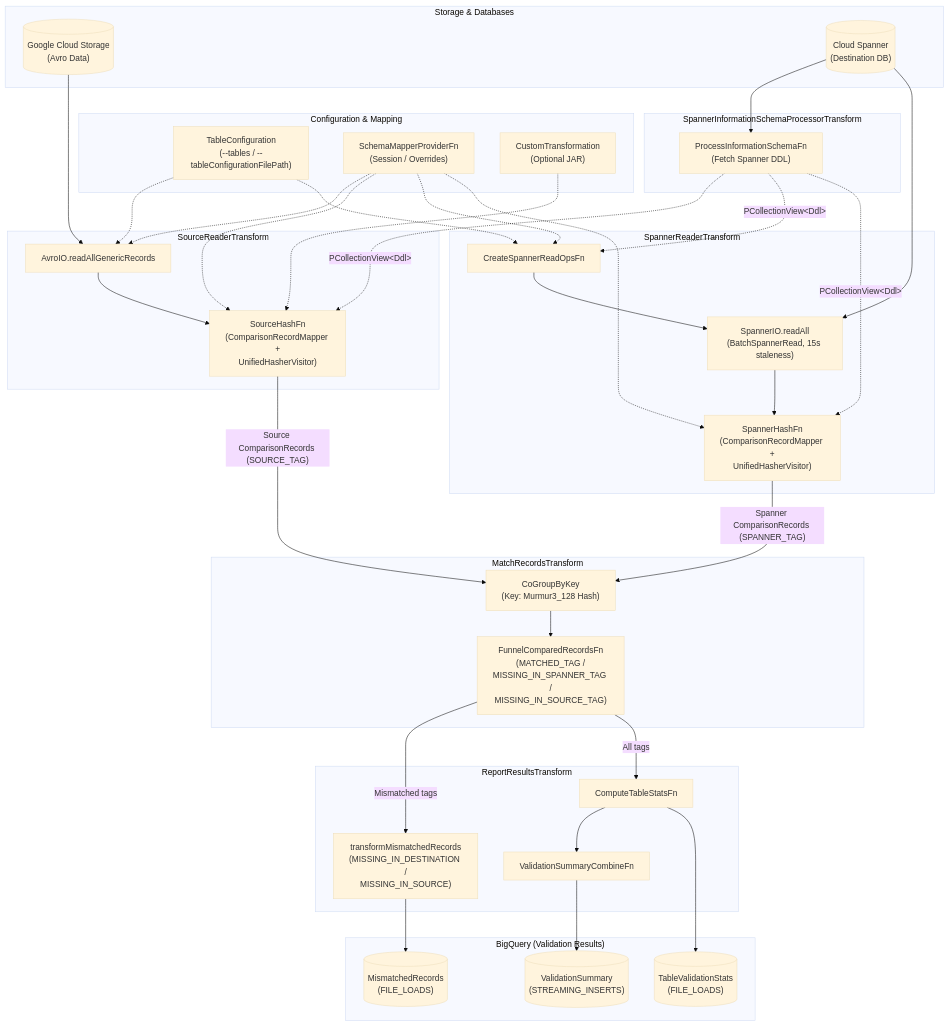
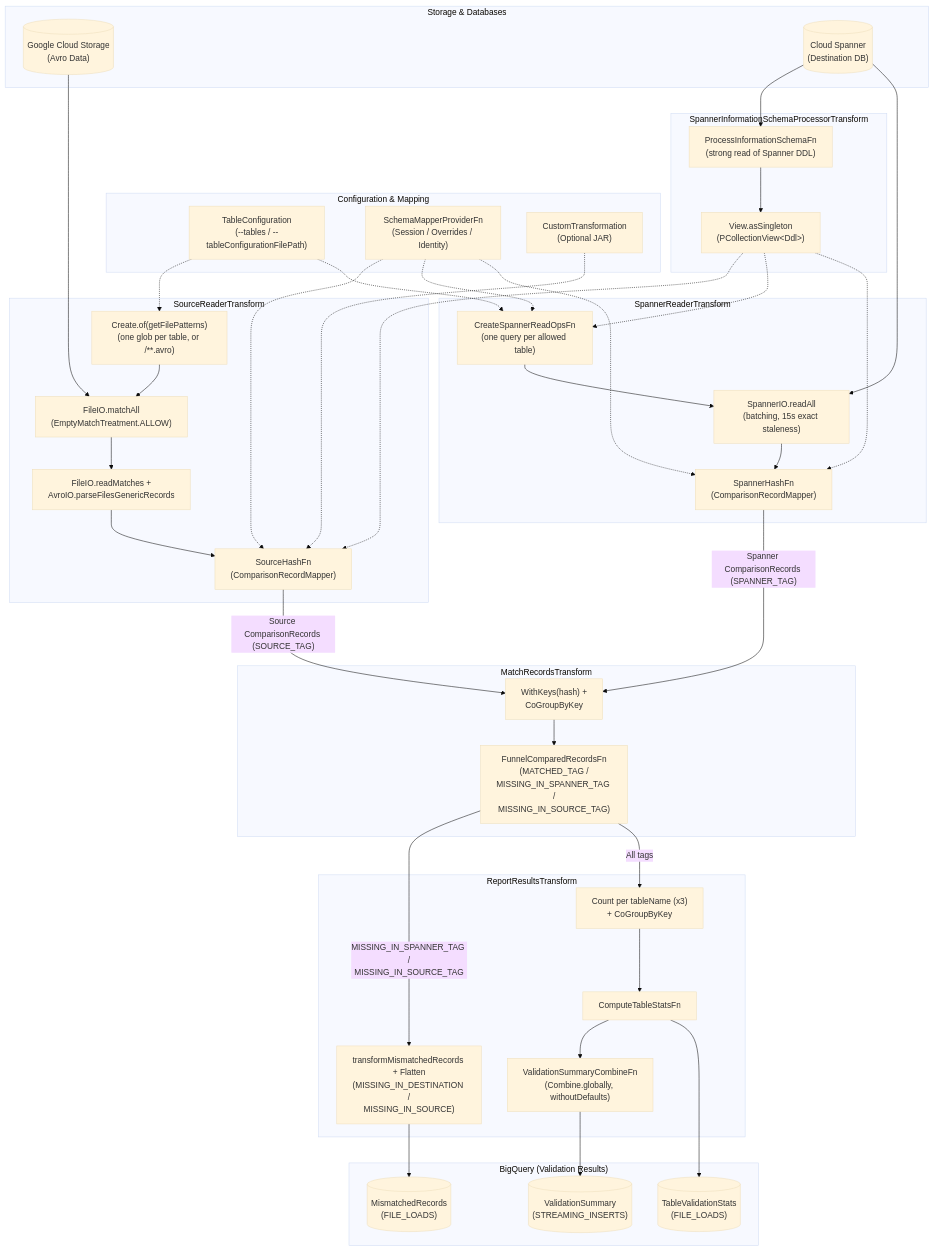
Before and after one commit to GoogleCloudPlatform/DataflowTemplates: the diagram in v2/gcs-spanner-dv/AGENTS.md, drawn with Mermaid (base theme). The commit also changed other lines of this file, not shown here.

Commit message:
manit review

````diff
--- a/v2/gcs-spanner-dv/AGENTS.md
+++ b/v2/gcs-spanner-dv/AGENTS.md
@@ -51,75 +53,78 @@
 ```mermaid
 flowchart TD
     subgraph Storage ["Storage & Databases"]
         GCS[("Google Cloud Storage<br/>(Avro Data)")]
         Spanner[("Cloud Spanner<br/>(Destination DB)")]
     end
 
     subgraph Config ["Configuration & Mapping"]
         TableConfig["TableConfiguration<br/>(--tables / --tableConfigurationFilePath)"]
-        SchemaMapper["SchemaMapperProviderFn<br/>(Session / Overrides)"]
+        SchemaMapper["SchemaMapperProviderFn<br/>(Session / Overrides / Identity)"]
         CustomTransform["CustomTransformation<br/>(Optional JAR)"]
     end
 
     subgraph InfoSchema ["SpannerInformationSchemaProcessorTransform"]
-        ProcessInfoSchema["ProcessInformationSchemaFn<br/>(Fetch Spanner DDL)"]
+        ProcessInfoSchema["ProcessInformationSchemaFn<br/>(strong read of Spanner DDL)"]
+        DdlView["View.asSingleton<br/>(PCollectionView&lt;Ddl&gt;)"]
+        ProcessInfoSchema --> DdlView
     end
 
     subgraph SourceReader ["SourceReaderTransform"]
-        AvroRead["AvroIO.readAllGenericRecords"]
-        SourceHash["SourceHashFn<br/>(ComparisonRecordMapper +<br/>UnifiedHasherVisitor)"]
-        AvroRead --> SourceHash
+        FilePatterns["Create.of(getFilePatterns)<br/>(one glob per table, or /**.avro)"]
+        MatchFiles["FileIO.matchAll<br/>(EmptyMatchTreatment.ALLOW)"]
+        ReadFiles["FileIO.readMatches +<br/>AvroIO.parseFilesGenericRecords"]
+        SourceHash["SourceHashFn<br/>(ComparisonRecordMapper)"]
+        FilePatterns --> MatchFiles --> ReadFiles --> SourceHash
     end
 
     subgraph SpannerReader ["SpannerReaderTransform"]
-        CreateReadOps["CreateSpannerReadOpsFn"]
-        BatchSpannerRead["SpannerIO.readAll<br/>(BatchSpannerRead, 15s staleness)"]
-        SpannerHash["SpannerHashFn<br/>(ComparisonRecordMapper +<br/>UnifiedHasherVisitor)"]
+        CreateReadOps["CreateSpannerReadOpsFn<br/>(one query per allowed table)"]
+        BatchSpannerRead["SpannerIO.readAll<br/>(batching, 15s exact staleness)"]
+        SpannerHash["SpannerHashFn<br/>(ComparisonRecordMapper)"]
         CreateReadOps --> BatchSpannerRead --> SpannerHash
     end
 
     subgraph MatchRecords ["MatchRecordsTransform"]
-        CoGroup["CoGroupByKey<br/>(Key: Murmur3_128 Hash)"]
+        CoGroup["WithKeys(hash) +<br/>CoGroupByKey"]
         Funnel["FunnelComparedRecordsFn<br/>(MATCHED_TAG /<br/>MISSING_IN_SPANNER_TAG /<br/>MISSING_IN_SOURCE_TAG)"]
         CoGroup --> Funnel
     end
 
     subgraph ReportResults ["ReportResultsTransform"]
-        FormatMismatches["transformMismatchedRecords<br/>(MISSING_IN_DESTINATION /<br/>MISSING_IN_SOURCE)"]
+        FormatMismatches["transformMismatchedRecords + Flatten<br/>(MISSING_IN_DESTINATION /<br/>MISSING_IN_SOURCE)"]
+        CountPerTable["Count per tableName (x3)<br/>+ CoGroupByKey"]
         ComputeStats["ComputeTableStatsFn"]
-        CombineSummary["ValidationSummaryCombineFn"]
-        ComputeStats --> CombineSummary
+        CombineSummary["ValidationSummaryCombineFn<br/>(Combine.globally, withoutDefaults)"]
+        CountPerTable --> ComputeStats --> CombineSummary
     end
 
     subgraph BigQuery ["BigQuery (Validation Results)"]
         BQMismatches[("MismatchedRecords<br/>(FILE_LOADS)")]
         BQTableStats[("TableValidationStats<br/>(FILE_LOADS)")]
         BQSummary[("ValidationSummary<br/>(STREAMING_INSERTS)")]
     end
 
     Spanner --> ProcessInfoSchema
-    ProcessInfoSchema -.->|"PCollectionView&lt;Ddl&gt;"| SourceHash
-    ProcessInfoSchema -.->|"PCollectionView&lt;Ddl&gt;"| CreateReadOps
-    ProcessInfoSchema -.->|"PCollectionView&lt;Ddl&gt;"| SpannerHash
+    DdlView -.-> SourceHash
+    DdlView -.-> CreateReadOps
+    DdlView -.-> SpannerHash
 
-    TableConfig -.-> AvroRead
+    TableConfig -.-> FilePatterns
     TableConfig -.-> CreateReadOps
-    SchemaMapper -.-> AvroRead
     SchemaMapper -.-> SourceHash
     SchemaMapper -.-> CreateReadOps
     SchemaMapper -.-> SpannerHash
     CustomTransform -.-> SourceHash
 
-    GCS --> AvroRead
+    GCS --> MatchFiles
+    Spanner --> BatchSpannerRead
     SourceHash -->|"Source ComparisonRecords (SOURCE_TAG)"| CoGroup
-
-    Spanner --> BatchSpannerRead
     SpannerHash -->|"Spanner ComparisonRecords (SPANNER_TAG)"| CoGroup
 
-    Funnel -->|"Mismatched tags"| FormatMismatches
-    Funnel -->|"All tags"| ComputeStats
+    Funnel -->|"MISSING_IN_SPANNER_TAG /<br/>MISSING_IN_SOURCE_TAG"| FormatMismatches
+    Funnel -->|"All tags"| CountPerTable
 
     FormatMismatches --> BQMismatches
     ComputeStats --> BQTableStats
     CombineSummary --> BQSummary
 ```
````
